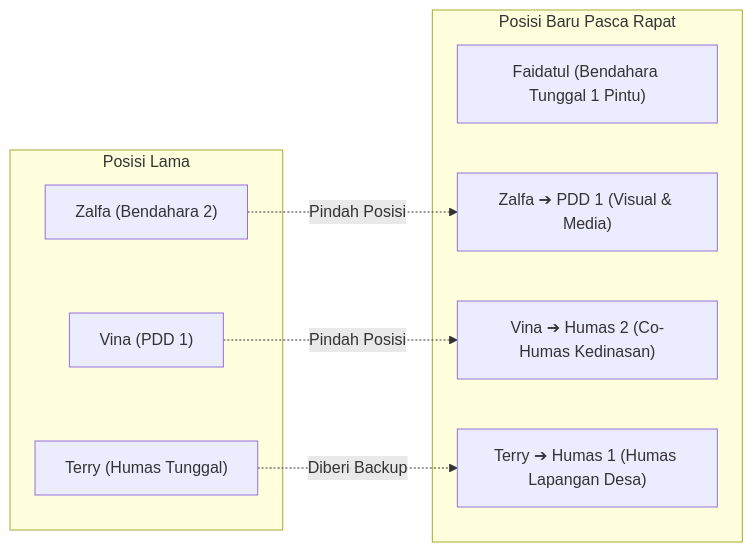
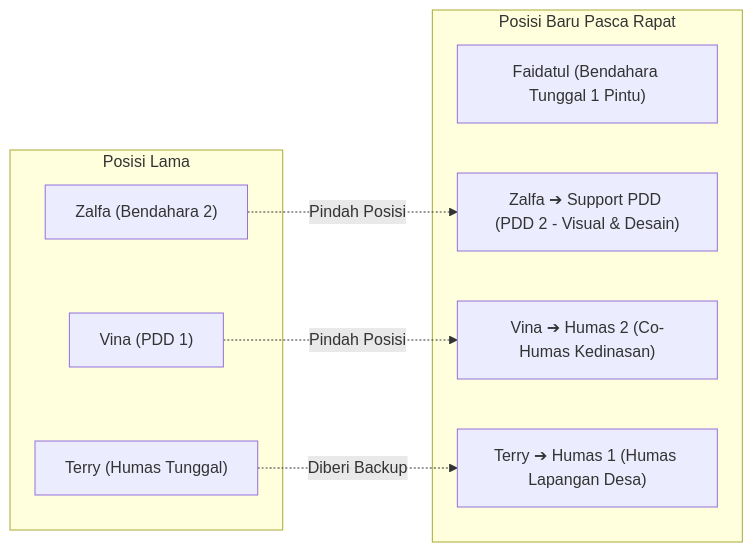
The second of 2 diagrams in Tim PLK/02 - Fase Pre-PLK/01 - Tata Kelola Tim & First Gathering/Notulensi Resmi Rapat Pleno 8 Nov 2026.md (anothersunrisee/uny-plk), drawn with Mermaid before and after one commit. The commit also changed other lines of this file and 15 other files, not shown here.

Commit message:
fix: tetapkan intan sebagai main koor pdd & zalfa sebagai support pdd di seluruh dok + update pdf

````diff
--- a/Tim PLK/02 - Fase Pre-PLK/01 - Tata Kelola Tim & First Gathering/Notulensi Resmi Rapat Pleno 8 Nov 2026.md
+++ b/Tim PLK/02 - Fase Pre-PLK/01 - Tata Kelola Tim & First Gathering/Notulensi Resmi Rapat Pleno 8 Nov 2026.md
@@ -73,19 +73,19 @@
 ```mermaid
 flowchart LR
     subgraph Posisi Lama
         Z1["Zalfa (Bendahara 2)"]
         V1["Vina (PDD 1)"]
         T1["Terry (Humas Tunggal)"]
     end
 
     subgraph Posisi Baru Pasca Rapat
         F2["Faidatul (Bendahara Tunggal 1 Pintu)"]
-        Z2["Zalfa ➔ PDD 1 (Visual & Media)"]
+        Z2["Zalfa ➔ Support PDD (PDD 2 - Visual & Desain)"]
         V2["Vina ➔ Humas 2 (Co-Humas Kedinasan)"]
         T2["Terry ➔ Humas 1 (Humas Lapangan Desa)"]
     end
 
     Z1 -.->|Pindah Posisi| Z2
     V1 -.->|Pindah Posisi| V2
     T1 -.->|Diberi Backup| T2
 ```
````
